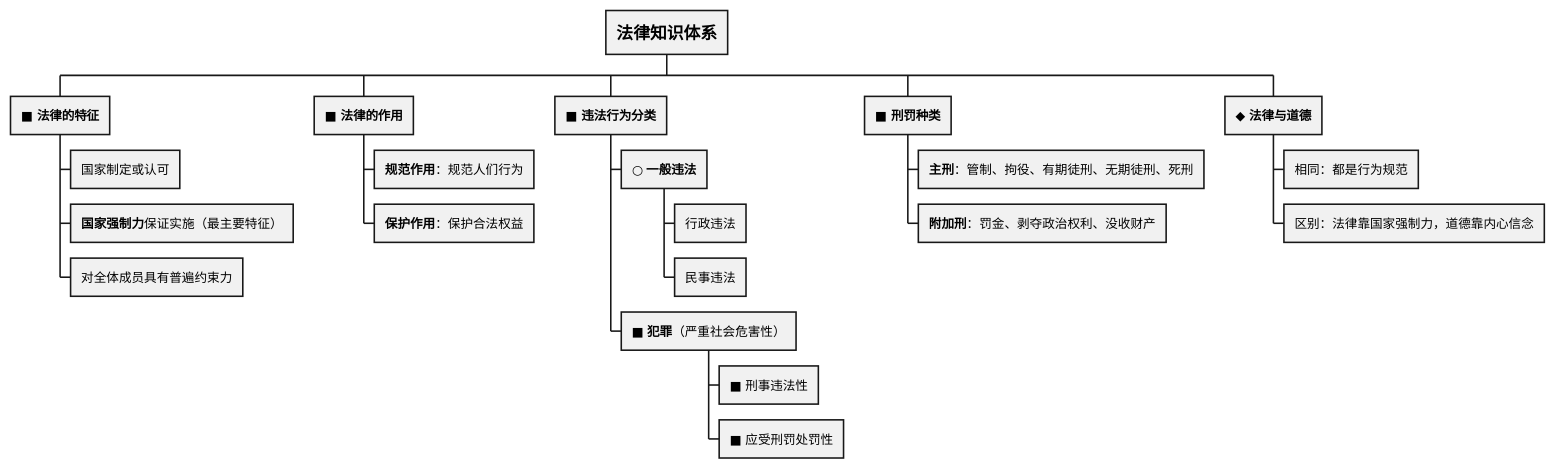
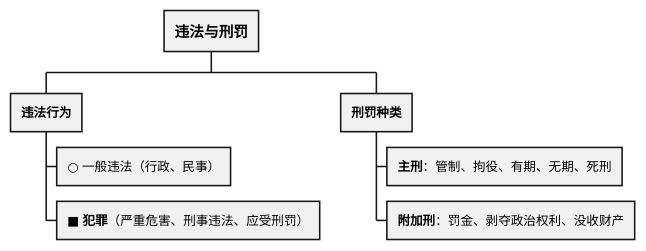
One commit to zhyage/Shehui changed the second of 5 diagrams in 道法/法治教育/法律基本知识.md. Above: the diagram before and after it, drawn with PlantUML. The commit also changed other lines of this file and 1 other file, not shown here.

Commit message:
法律知识体系WBS拆为特征作用+违法刑罚+法律道德三图

````diff
--- a/道法/法治教育/法律基本知识.md
+++ b/道法/法治教育/法律基本知识.md
@@ -14,25 +27,11 @@
 ```plantuml
 @startwbs
-+ <size:16><b>法律知识体系</b></size>
-++ <b>■ 法律的特征</b>
-+++ 国家制定或认可
-+++ <b>国家强制力</b>保证实施（最主要特征）
-+++ 对全体成员具有普遍约束力
-++ <b>■ 法律的作用</b>
-+++ <b>规范作用</b>：规范人们行为
-+++ <b>保护作用</b>：保护合法权益
-++ <b>■ 违法行为分类</b>
-+++ ○ <b>一般违法</b>
-++++ 行政违法
-++++ 民事违法
-+++ ■ <b>犯罪</b>（严重社会危害性）
-++++ ■ 刑事违法性
-++++ ■ 应受刑罚处罚性
-++ <b>■ 刑罚种类</b>
-+++ <b>主刑</b>：管制、拘役、有期徒刑、无期徒刑、死刑
++ <size:14><b>违法与刑罚</b></size>
+++ <b>违法行为</b>
++++ ○ 一般违法（行政、民事）
++++ ■ <b>犯罪</b>（严重危害、刑事违法、应受刑罚）
+++ <b>刑罚种类</b>
++++ <b>主刑</b>：管制、拘役、有期、无期、死刑
 +++ <b>附加刑</b>：罚金、剥夺政治权利、没收财产
-++ <b>◆ 法律与道德</b>
-+++ 相同：都是行为规范
-+++ 区别：法律靠国家强制力，道德靠内心信念
 @endwbs
 ```
````
